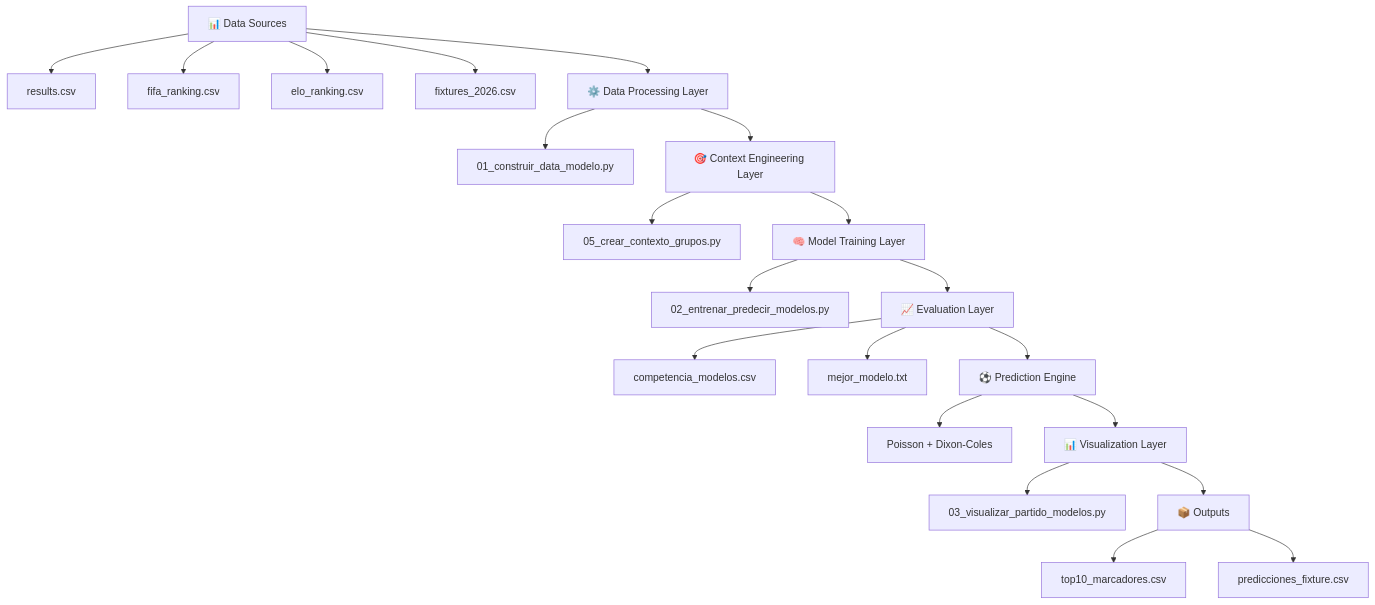
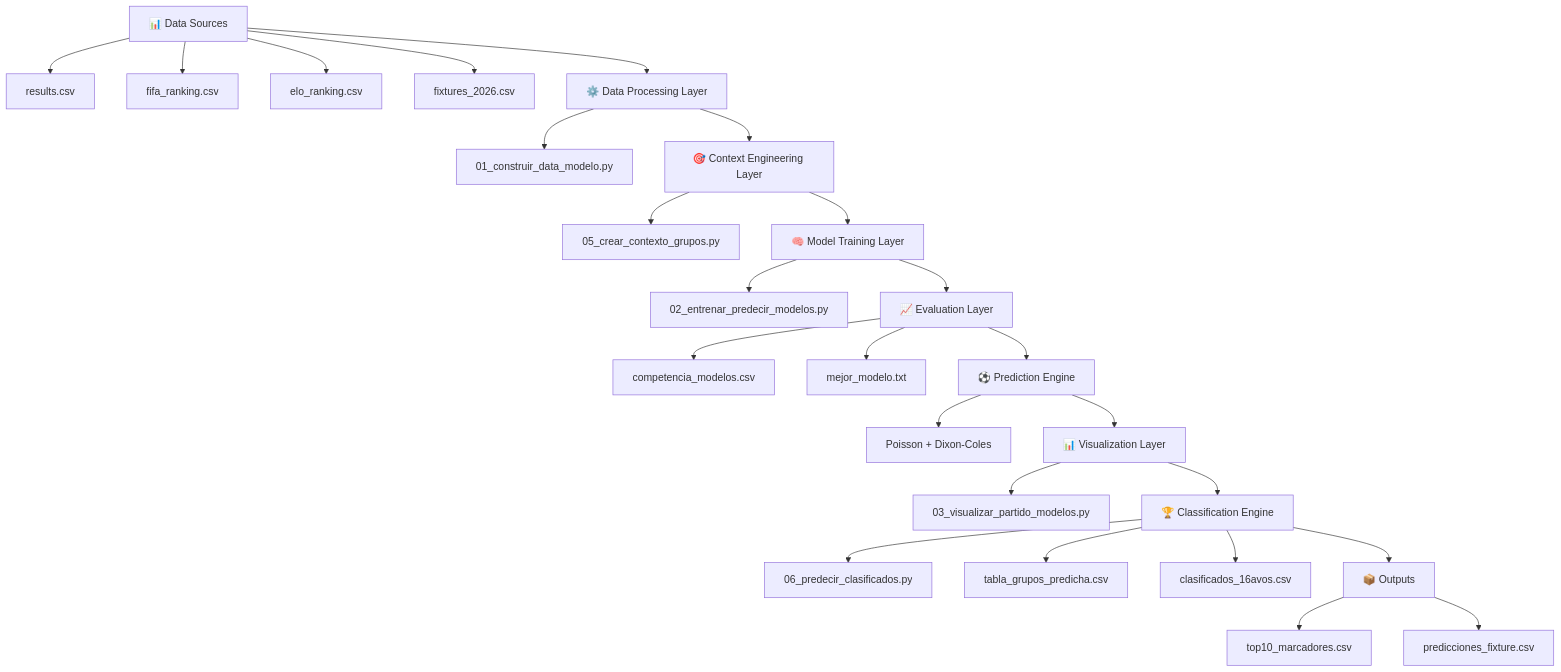
The diagram in README.md (ansistgel28/football-outcome-ml-framework), drawn with Mermaid before and after one commit. The commit also changed other lines of this file, not shown here.

````diff
--- a/README.md
+++ b/README.md
@@ -25,40 +32,46 @@
 ```mermaid
 graph TB
 
     %% DATA SOURCES
     A[📊 Data Sources] --> A1[results.csv]
     A --> A2[fifa_ranking.csv]
     A --> A3[elo_ranking.csv]
     A --> A4[fixtures_2026.csv]
 
     %% DATA PROCESSING
     A --> B[⚙️ Data Processing Layer]
     B --> B1[01_construir_data_modelo.py]
 
     %% CONTEXT ENGINEERING
     B --> C[🎯 Context Engineering Layer]
     C --> C1[05_crear_contexto_grupos.py]
 
     %% MODEL TRAINING
     C --> D[🧠 Model Training Layer]
     D --> D1[02_entrenar_predecir_modelos.py]
 
     %% EVALUATION
     D --> E[📈 Evaluation Layer]
     E --> E1[competencia_modelos.csv]
     E --> E2[mejor_modelo.txt]
 
     %% PREDICTION ENGINE
     E --> F[⚽ Prediction Engine]
     F --> F1[Poisson + Dixon-Coles]
 
     %% VISUALIZATION
     F --> G[📊 Visualization Layer]
     G --> G1[03_visualizar_partido_modelos.py]
 
+    %% CLASSIFICATION SIMULATION
+    G --> H[🏆 Classification Engine]
+    H --> H1[06_predecir_clasificados.py]
+    H --> H2[tabla_grupos_predicha.csv]
+    H --> H3[clasificados_16avos.csv]
+
     %% OUTPUTS
-    G --> H[📦 Outputs]
-    H --> H1[top10_marcadores.csv]
-    H --> H2[predicciones_fixture.csv]
+    H --> I[📦 Outputs]
+    I --> I1[top10_marcadores.csv]
+    I --> I2[predicciones_fixture.csv]
 
 ```
````
